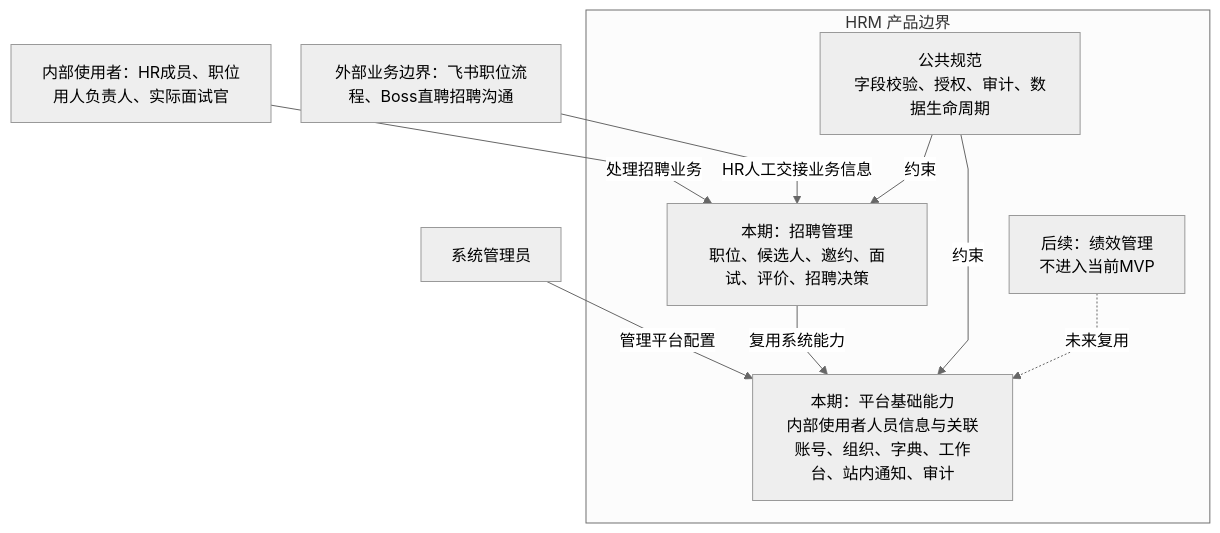
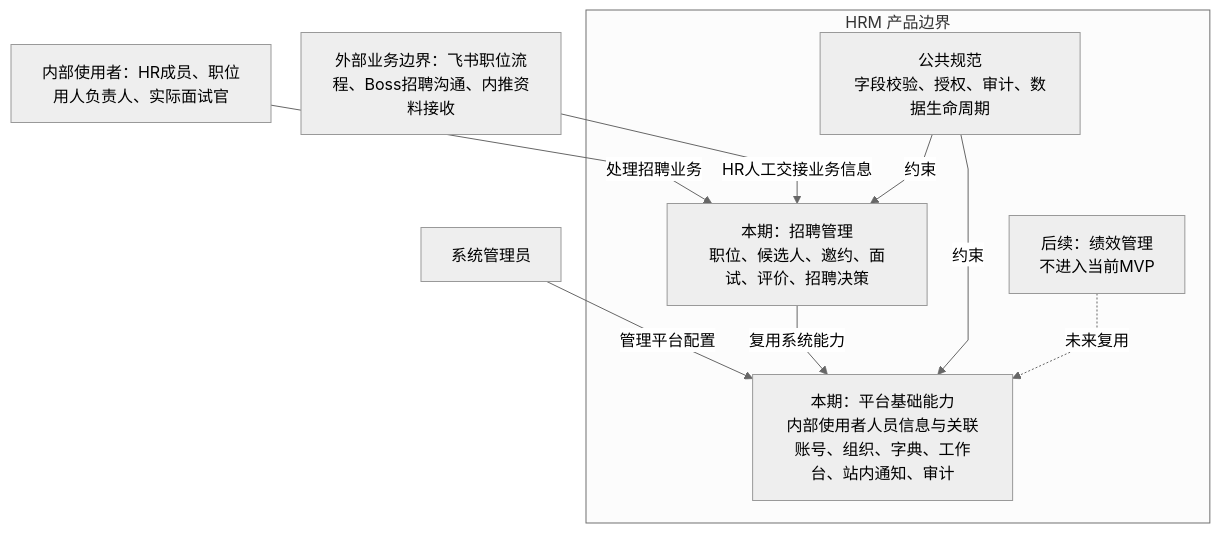
One commit to leidaibo-lab/pm-hrm changed the first of 2 diagrams in docs/output/产品项目总览.md. Above: the diagram before and after it, drawn with Mermaid (neutral theme). The commit also changed other lines of this file and 40 other files, not shown here.

````diff
--- a/docs/output/产品项目总览.md
+++ b/docs/output/产品项目总览.md
@@ -51,20 +52,20 @@
 ```mermaid
 %%{init: {"flowchart":{"curve":"linear","nodeSpacing":30,"rankSpacing":45,"diagramPadding":16,"wrappingWidth":200},"sequence":{"mirrorActors":false,"actorMargin":45,"messageMargin":30,"noteMargin":12,"wrap":false},"er":{"diagramPadding":16,"minEntityWidth":130,"minEntityHeight":45}}}%%
 flowchart TB
     Roles["内部使用者：HR成员、职位用人负责人、实际面试官"]
     Admin["系统管理员"]
-    External["外部业务边界：飞书职位流程、Boss直聘招聘沟通"]
+    External["外部业务边界：飞书职位流程、Boss招聘沟通、内推资料接收"]
     subgraph HRM["HRM 产品边界"]
         Recruitment["本期：招聘管理<br/>职位、候选人、邀约、面试、评价、招聘决策"]
         Platform["本期：平台基础能力<br/>内部使用者人员信息与关联账号、组织、字典、工作台、站内通知、审计"]
         Rules["公共规范<br/>字段校验、授权、审计、数据生命周期"]
         Performance["后续：绩效管理<br/>不进入当前MVP"]
     end
     Roles -->|处理招聘业务| Recruitment
     Admin -->|管理平台配置| Platform
     External -->|HR人工交接业务信息| Recruitment
     Recruitment -->|复用系统能力| Platform
     Rules -->|约束| Recruitment
     Rules -->|约束| Platform
     Performance -.->|未来复用| Platform
 ```
````
